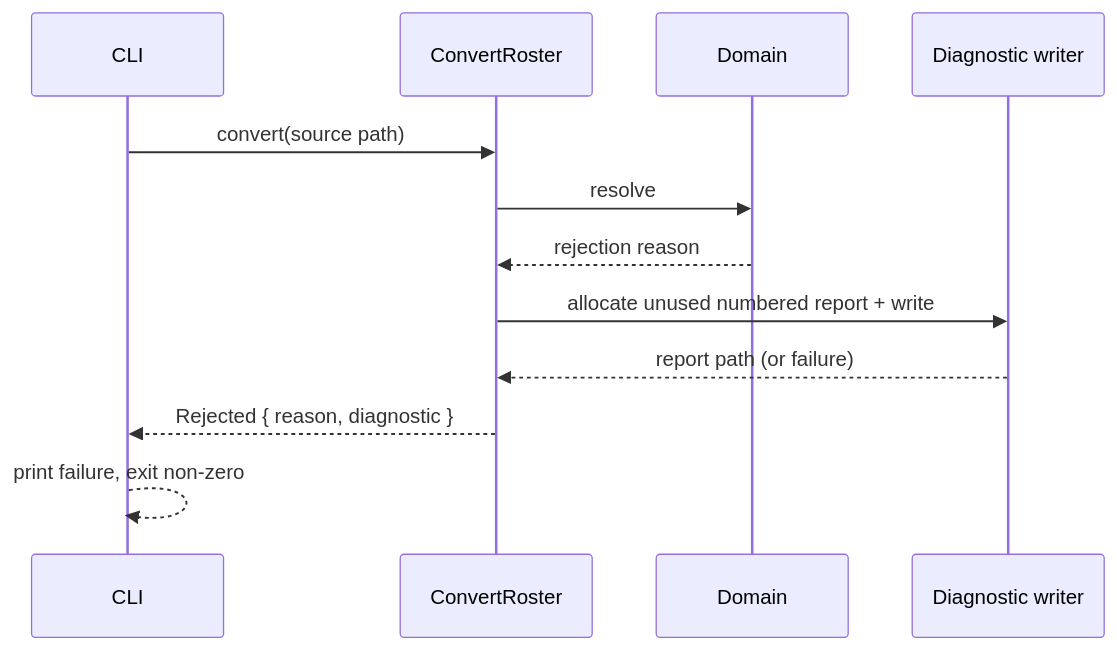
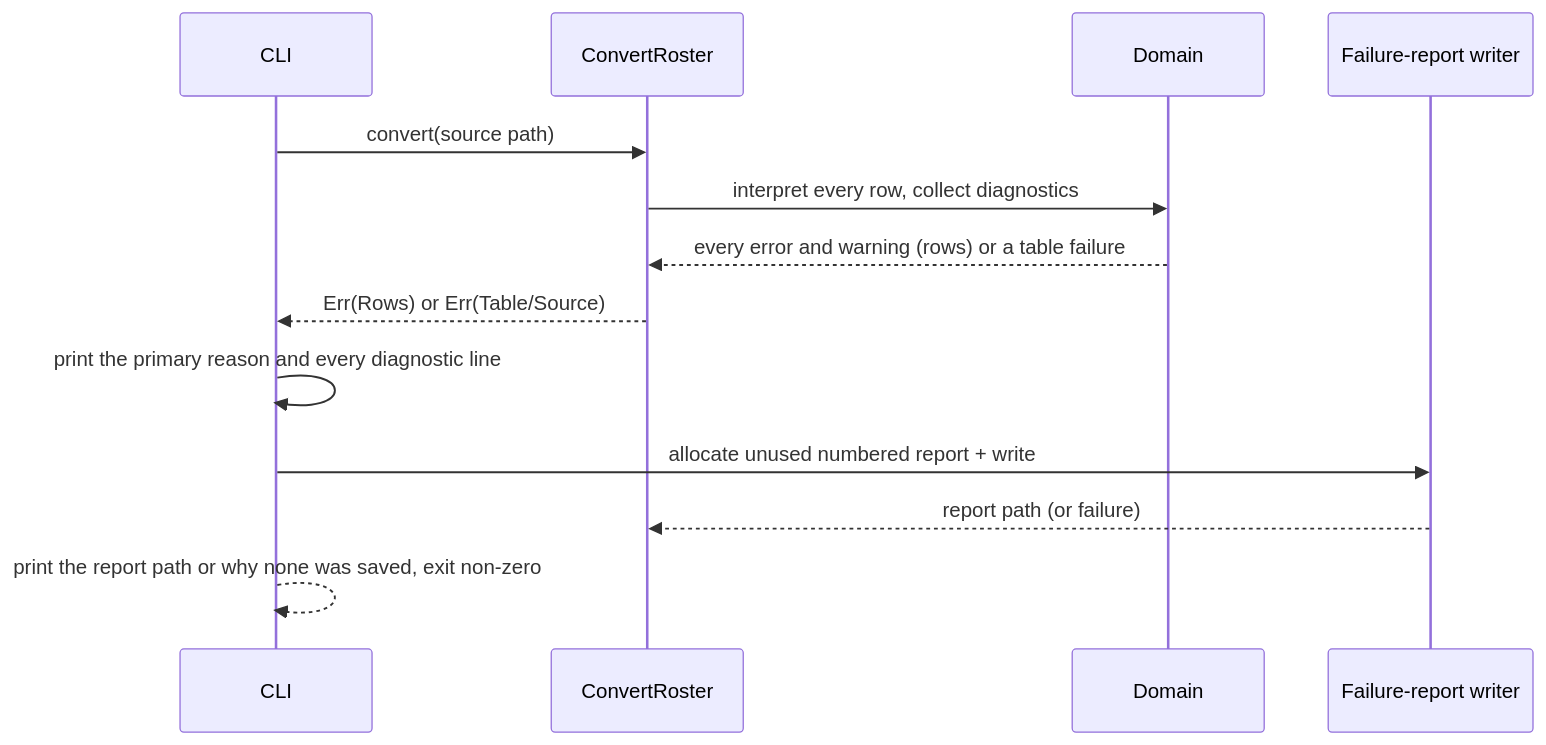
The third of 20 diagrams in docs/arc42/06-runtime-view.md (duty2cal/duty2cal), drawn with Mermaid before and after one commit. The commit also changed other lines of this file and 18 other files, not shown here.

Commit message:
chore(report-row-diagnostics): plan row diagnostics

````diff
--- a/docs/arc42/06-runtime-view.md
+++ b/docs/arc42/06-runtime-view.md
@@ -47,14 +78,15 @@
 ```mermaid
 sequenceDiagram
   participant CLI
   participant App as ConvertRoster
   participant Dom as Domain
-  participant Diag as Diagnostic writer
+  participant Diag as Failure-report writer
   CLI->>App: convert(source path)
-  App->>Dom: resolve
-  Dom-->>App: rejection reason
-  App->>Diag: allocate unused numbered report + write
+  App->>Dom: interpret every row, collect diagnostics
+  Dom-->>App: every error and warning (rows) or a table failure
+  App-->>CLI: Err(Rows) or Err(Table/Source)
+  CLI->>CLI: print the primary reason and every diagnostic line
+  CLI->>Diag: allocate unused numbered report + write
   Diag-->>App: report path (or failure)
-  App-->>CLI: Rejected { reason, diagnostic }
-  CLI-->>CLI: print failure, exit non-zero
+  CLI-->>CLI: print the report path or why none was saved, exit non-zero
 ```
````
